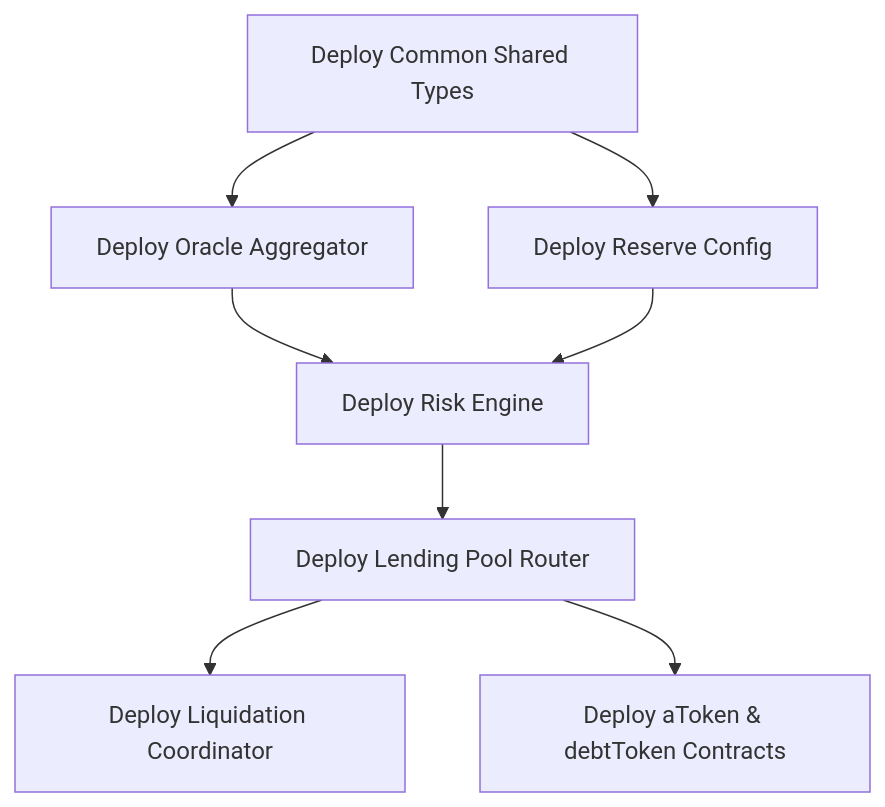
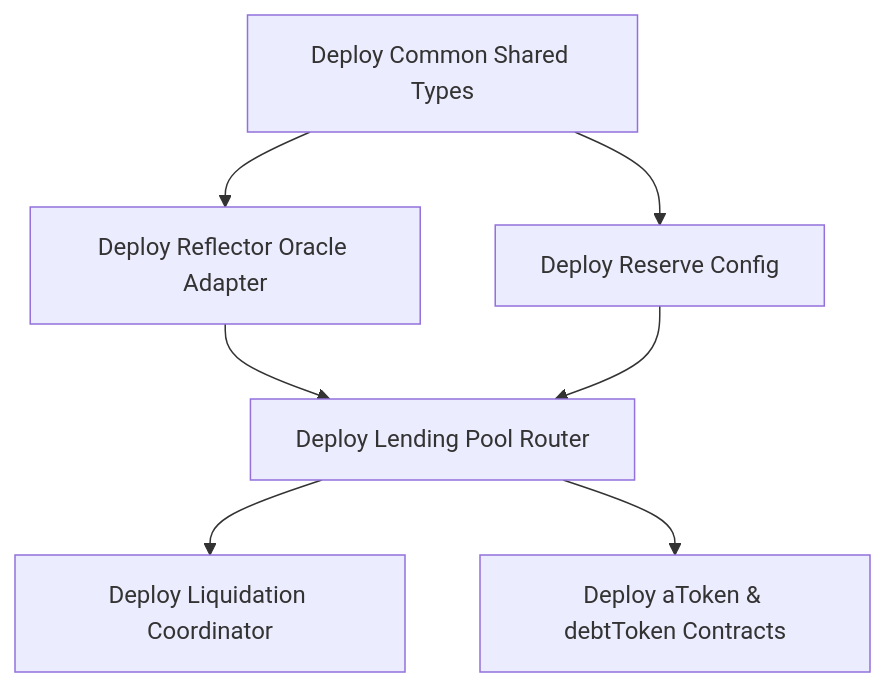
One commit to TheAnh1404/UdonFi changed the diagram in docs/deployment/10-deployment-plan.md. Above: the diagram before and after it, drawn with Mermaid. The commit also changed other lines of this file and 64 other files, not shown here.

````diff
--- a/docs/deployment/10-deployment-plan.md
+++ b/docs/deployment/10-deployment-plan.md
@@ -17,10 +17,9 @@
 ```mermaid
 graph TD
-    Common[Deploy Common Shared Types] --> Oracle[Deploy Oracle Aggregator]
+    Common[Deploy Common Shared Types] --> Oracle[Deploy Reflector Oracle Adapter]
     Common --> Reserve[Deploy Reserve Config]
-    Oracle --> Risk[Deploy Risk Engine]
-    Reserve --> Risk
-    Risk --> Pool[Deploy Lending Pool Router]
+    Oracle --> Pool[Deploy Lending Pool Router]
+    Reserve --> Pool
     Pool --> Liq[Deploy Liquidation Coordinator]
     Pool --> Tokens[Deploy aToken & debtToken Contracts]
 ```
````
